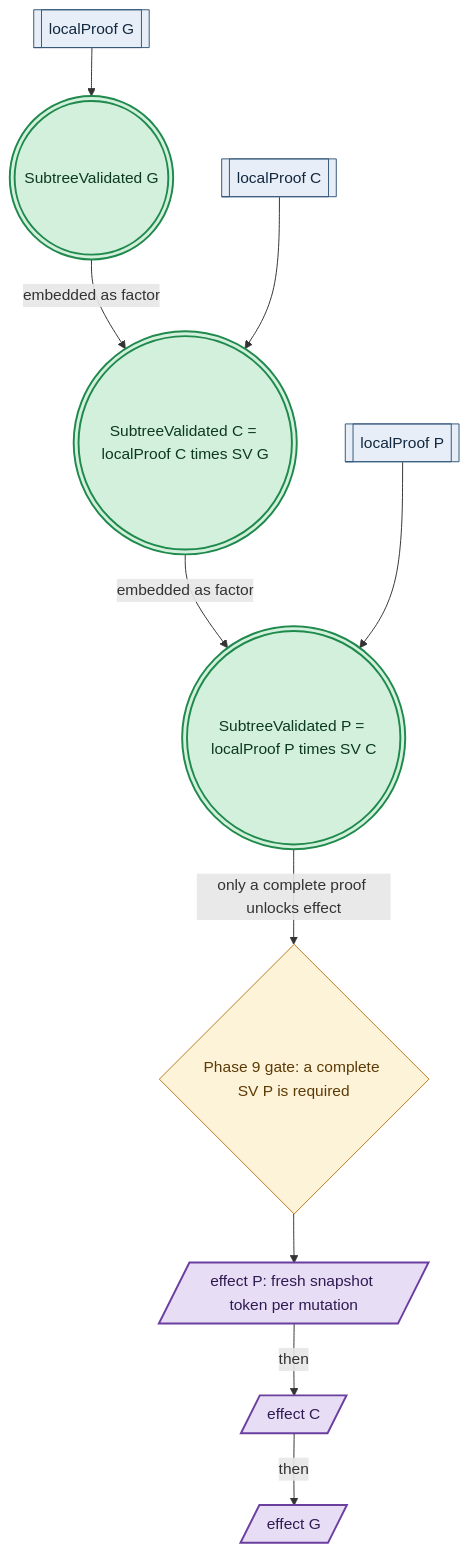
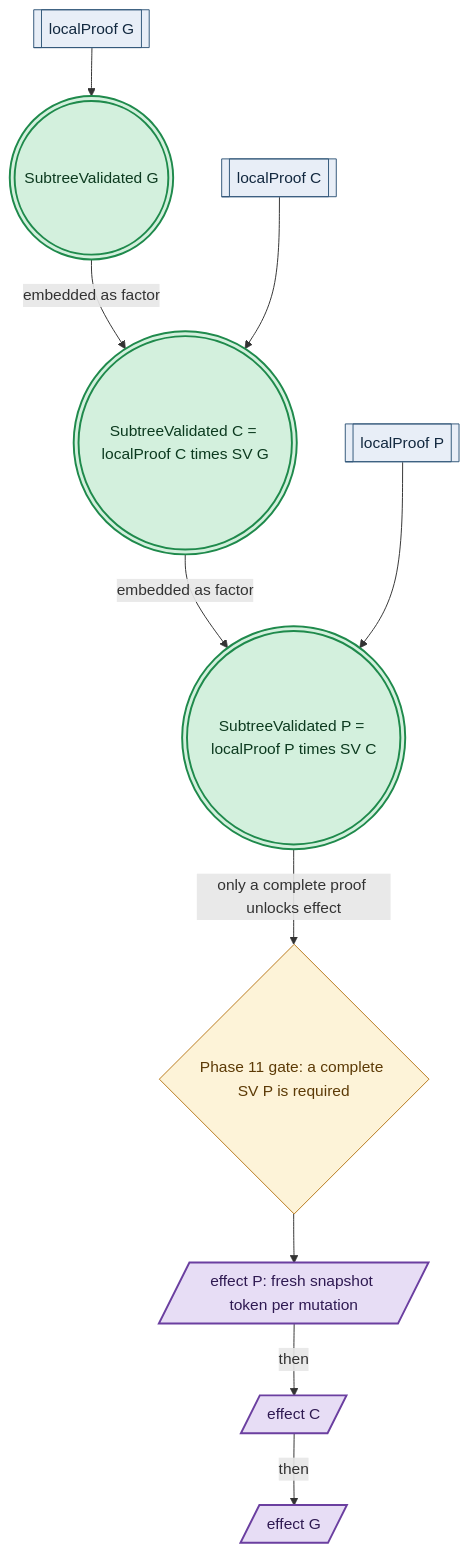
One commit to Tuee22/amoebius changed the third of 4 diagrams in documents/engineering/preflight_validation_doctrine.md. Above: the diagram before and after it, drawn with Mermaid. The commit also changed other lines of this file and 345 other files, not shown here.

````diff
--- a/documents/engineering/preflight_validation_doctrine.md
+++ b/documents/engineering/preflight_validation_doctrine.md
@@ -196,27 +196,27 @@
 ```mermaid
 flowchart TD
 %% register: algebra
   glp[["localProof G"]]:::intent
   svg((("SubtreeValidated G"))):::seal
   clp[["localProof C"]]:::intent
   svc((("SubtreeValidated C = localProof C times SV G"))):::seal
   plp[["localProof P"]]:::intent
   svp((("SubtreeValidated P = localProof P times SV C"))):::seal
-  dhall-typecheck{"Phase 9 gate: a complete SV P is required"}:::decision
+  dhall-typecheck{"Phase 11 gate: a complete SV P is required"}:::decision
   ep[/"effect P: fresh snapshot token per mutation"/]:::effect
   ec[/"effect C"/]:::effect
   eg[/"effect G"/]:::effect
   glp --> svg
   svg -->|"embedded as factor"| svc
   clp --> svc
   svc -->|"embedded as factor"| svp
   plp --> svp
   svp -->|"only a complete proof unlocks effect"| dhall-typecheck
   dhall-typecheck --> ep
   ep -->|"then"| ec
   ec -->|"then"| eg
   classDef intent   fill:#e8eef7,stroke:#33587a,color:#12283f,stroke-width:1px
   classDef decision fill:#fdf3d8,stroke:#b8791b,color:#5c3a06,stroke-width:1px
   classDef effect   fill:#e7ddf5,stroke:#6b3fa0,color:#2f1a52,stroke-width:2px
   classDef seal     fill:#d3f0dd,stroke:#1f8a4c,color:#0c3a1f,stroke-width:2px
 ```
````
